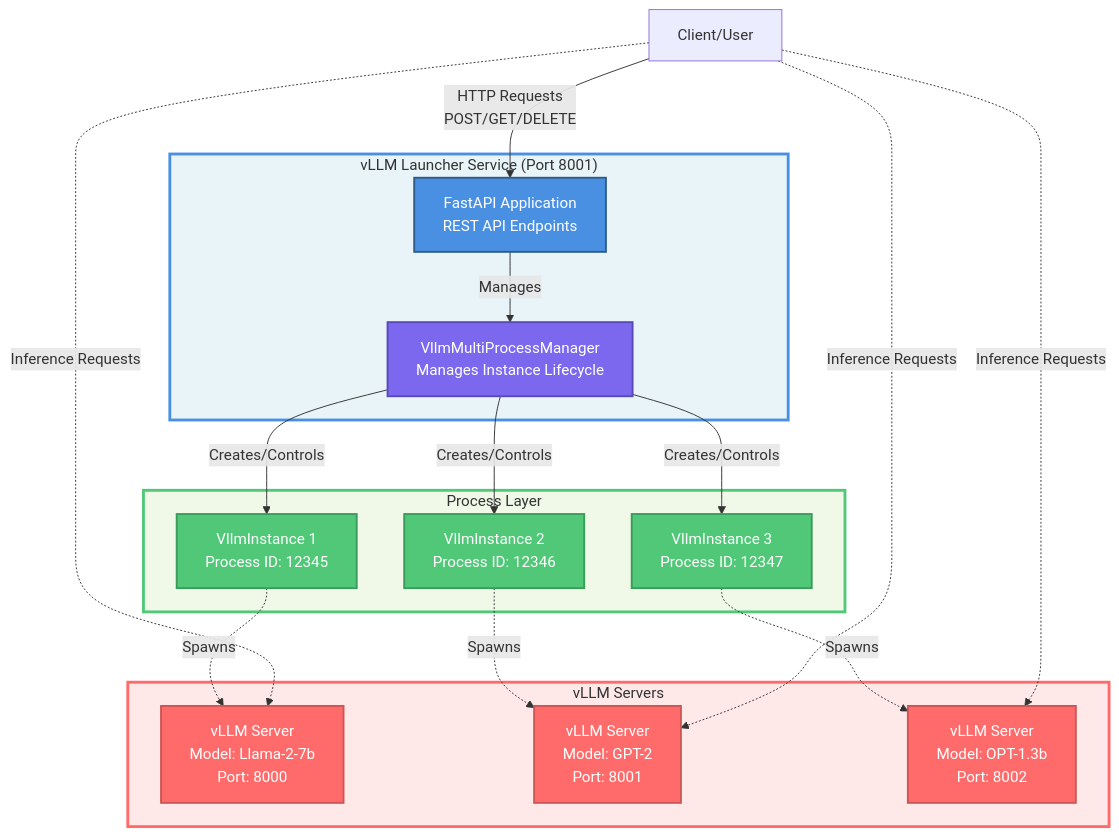
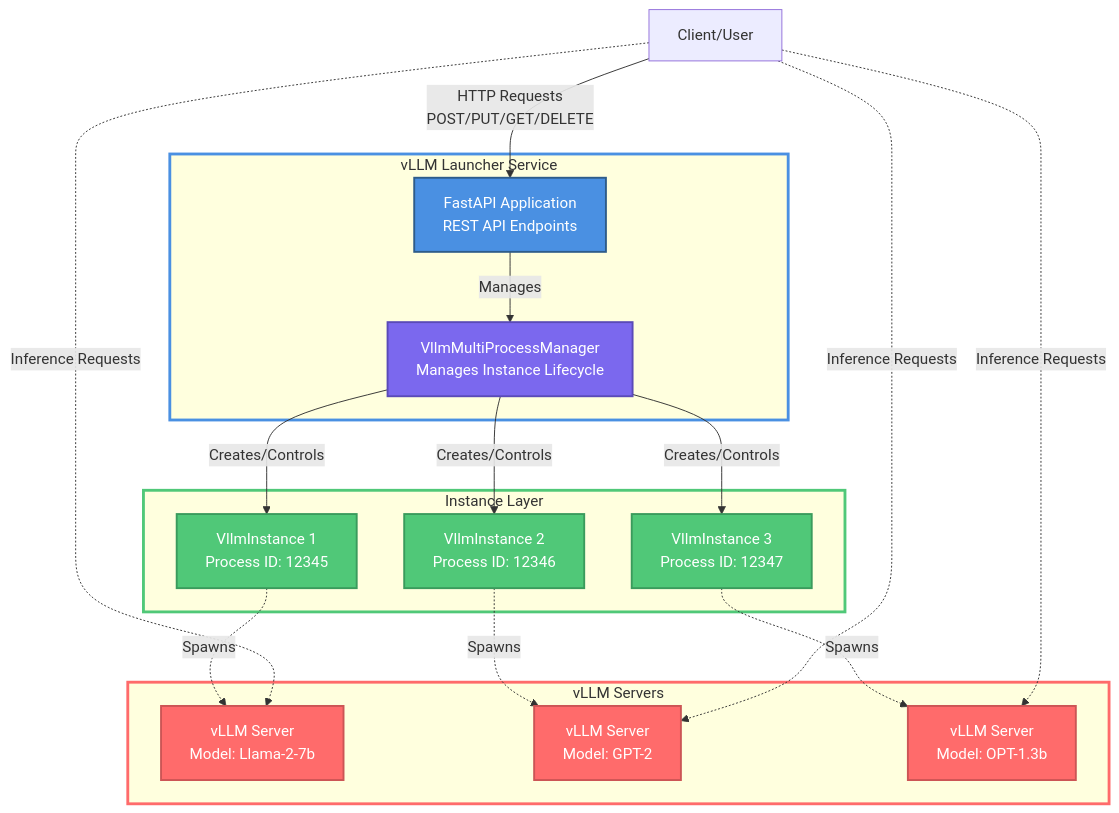
The diagram in docs/launcher.md (llm-d-incubation/llm-d-fast-model-actuation), drawn with Mermaid before and after one commit. The commit also changed other lines of this file, not shown here.

Commit message:
Mike's comments and PUT/POST fix

````diff
--- a/docs/launcher.md
+++ b/docs/launcher.md
@@ -33,48 +32,48 @@
 ```mermaid
 graph TD
     Client[Client/User]
 
-    subgraph Launcher["vLLM Launcher Service (Port 8001)"]
+    subgraph Launcher["vLLM Launcher Service"]
         FastAPI["FastAPI Application<br/>REST API Endpoints"]
         Manager["VllmMultiProcessManager<br/>Manages Instance Lifecycle"]
     end
 
-    subgraph Processes["Process Layer"]
+    subgraph Processes["Instance Layer"]
         Inst1["VllmInstance 1<br/>Process ID: 12345"]
         Inst2["VllmInstance 2<br/>Process ID: 12346"]
         Inst3["VllmInstance 3<br/>Process ID: 12347"]
     end
 
     subgraph Servers["vLLM Servers"]
-        vLLM1["vLLM Server<br/>Model: Llama-2-7b<br/>Port: 8000"]
-        vLLM2["vLLM Server<br/>Model: GPT-2<br/>Port: 8001"]
-        vLLM3["vLLM Server<br/>Model: OPT-1.3b<br/>Port: 8002"]
+        vLLM1["vLLM Server<br/>Model: Llama-2-7b<br/>"]
+        vLLM2["vLLM Server<br/>Model: GPT-2<br/>"]
+        vLLM3["vLLM Server<br/>Model: OPT-1.3b<br/>"]
     end
 
-    Client -->|HTTP Requests<br/>POST/GET/DELETE| FastAPI
+    Client -->|HTTP Requests<br/>POST/PUT/GET/DELETE| FastAPI
     FastAPI -->|Manages| Manager
 
     Manager -->|Creates/Controls| Inst1
     Manager -->|Creates/Controls| Inst2
     Manager -->|Creates/Controls| Inst3
 
     Inst1 -.->|Spawns| vLLM1
     Inst2 -.->|Spawns| vLLM2
     Inst3 -.->|Spawns| vLLM3
 
     Client -.->|Inference Requests| vLLM1
     Client -.->|Inference Requests| vLLM2
     Client -.->|Inference Requests| vLLM3
 
     style FastAPI fill:#4A90E2,stroke:#2E5C8A,stroke-width:2px,color:#fff
     style Manager fill:#7B68EE,stroke:#5A4AB8,stroke-width:2px,color:#fff
     style Inst1 fill:#50C878,stroke:#3A9B5C,stroke-width:2px,color:#fff
     style Inst2 fill:#50C878,stroke:#3A9B5C,stroke-width:2px,color:#fff
     style Inst3 fill:#50C878,stroke:#3A9B5C,stroke-width:2px,color:#fff
     style vLLM1 fill:#FF6B6B,stroke:#CC5555,stroke-width:2px,color:#fff
     style vLLM2 fill:#FF6B6B,stroke:#CC5555,stroke-width:2px,color:#fff
     style vLLM3 fill:#FF6B6B,stroke:#CC5555,stroke-width:2px,color:#fff
-    style Launcher fill:#E8F4F8,stroke:#4A90E2,stroke-width:3px
-    style Processes fill:#F0F8E8,stroke:#50C878,stroke-width:3px
-    style Servers fill:#FFE8E8,stroke:#FF6B6B,stroke-width:3px
+    style Launcher fill:#8F4F8,stroke:#4A90E2,stroke-width:3px
+    style Processes fill:#0F8E8,stroke:#50C878,stroke-width:3px
+    style Servers fill:#FE8E8,stroke:#FF6B6B,stroke-width:3px
 ```
````
